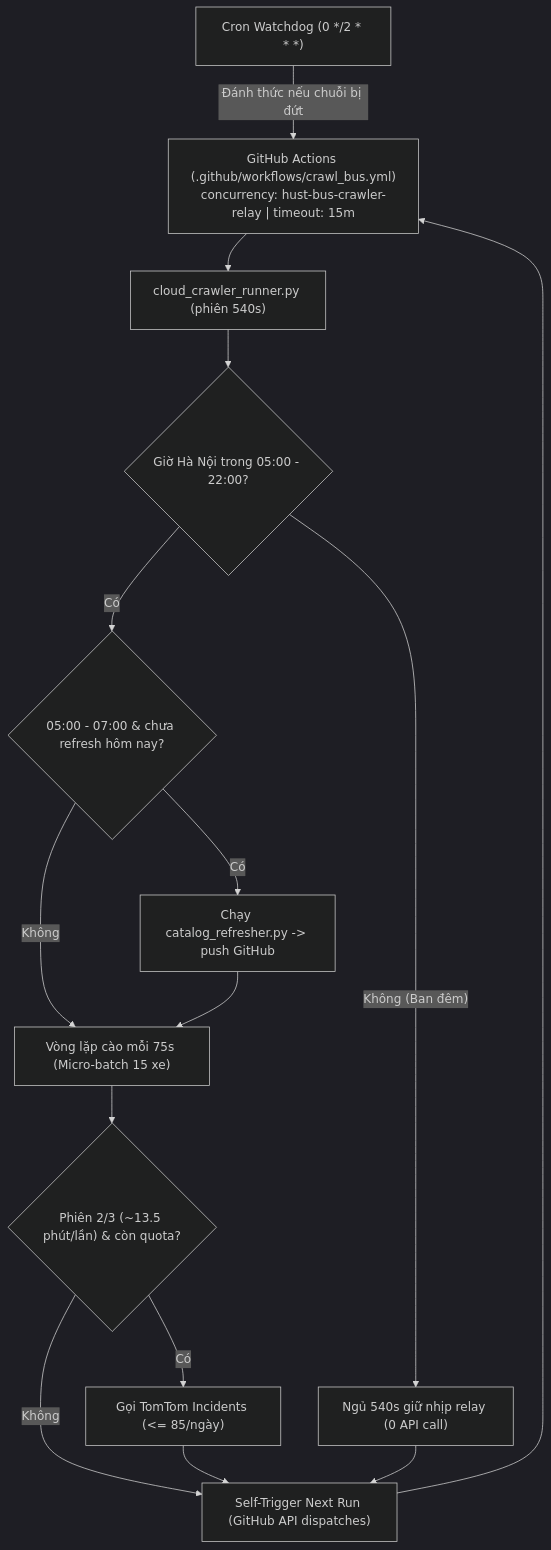
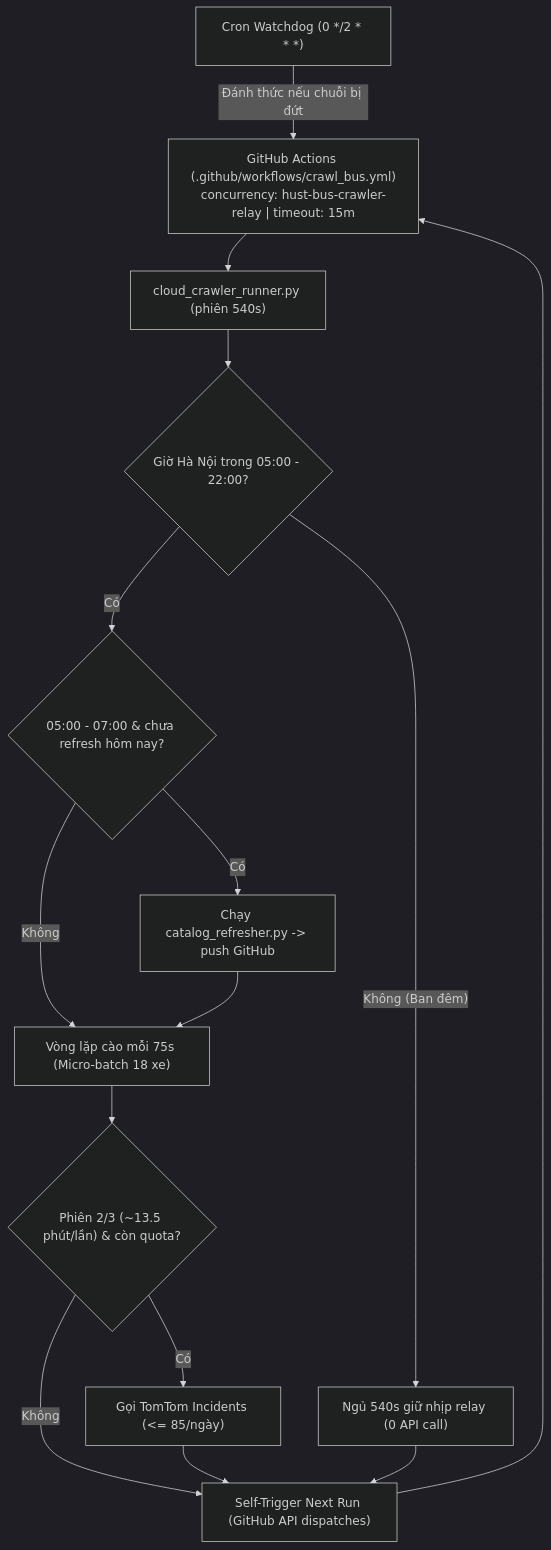
One commit to toibinguz/Bus_tracking changed the second of 2 diagrams in docs/CRAWLER.md. Above: the diagram before and after it, drawn with Mermaid (dark theme). The commit also changed other lines of this file and 1 other file, not shown here.

Commit message:
docs: update BUS_MICRO_BATCH_SIZE to 18 in report outline and crawler doc

````diff
--- a/docs/CRAWLER.md
+++ b/docs/CRAWLER.md
@@ -21,15 +21,15 @@
 ```mermaid
 flowchart TD
     GHA["GitHub Actions (.github/workflows/crawl_bus.yml)\nconcurrency: hust-bus-crawler-relay | timeout: 15m"] --> RUN["cloud_crawler_runner.py (phiên 540s)"]
     CRON["Cron Watchdog (0 */2 * * *)"] -->|"Đánh thức nếu chuỗi bị đứt"| GHA
     RUN --> CHK_HR{"Giờ Hà Nội trong 05:00 - 22:00?"}
     CHK_HR -->|"Không (Ban đêm)"| SLEEP["Ngủ 540s giữ nhịp relay (0 API call)"]
     CHK_HR -->|"Có"| CHK_AM{"05:00 - 07:00 & chưa refresh hôm nay?"}
     CHK_AM -->|"Có"| CAT["Chạy catalog_refresher.py -> push GitHub"]
     CHK_AM -->|"Không"| LOOP
-    CAT --> LOOP["Vòng lặp cào mỗi 75s (Micro-batch 15 xe)"]
+    CAT --> LOOP["Vòng lặp cào mỗi 75s (Micro-batch 18 xe)"]
     LOOP --> TOM_CHK{"Phiên 2/3 (~13.5 phút/lần) & còn quota?"}
     TOM_CHK -->|"Có"| TOM["Gọi TomTom Incidents (<= 85/ngày)"]
     TOM_CHK -->|"Không"| RELAY
     TOM & SLEEP --> RELAY["Self-Trigger Next Run (GitHub API dispatches)"] --> GHA
 ```
````
